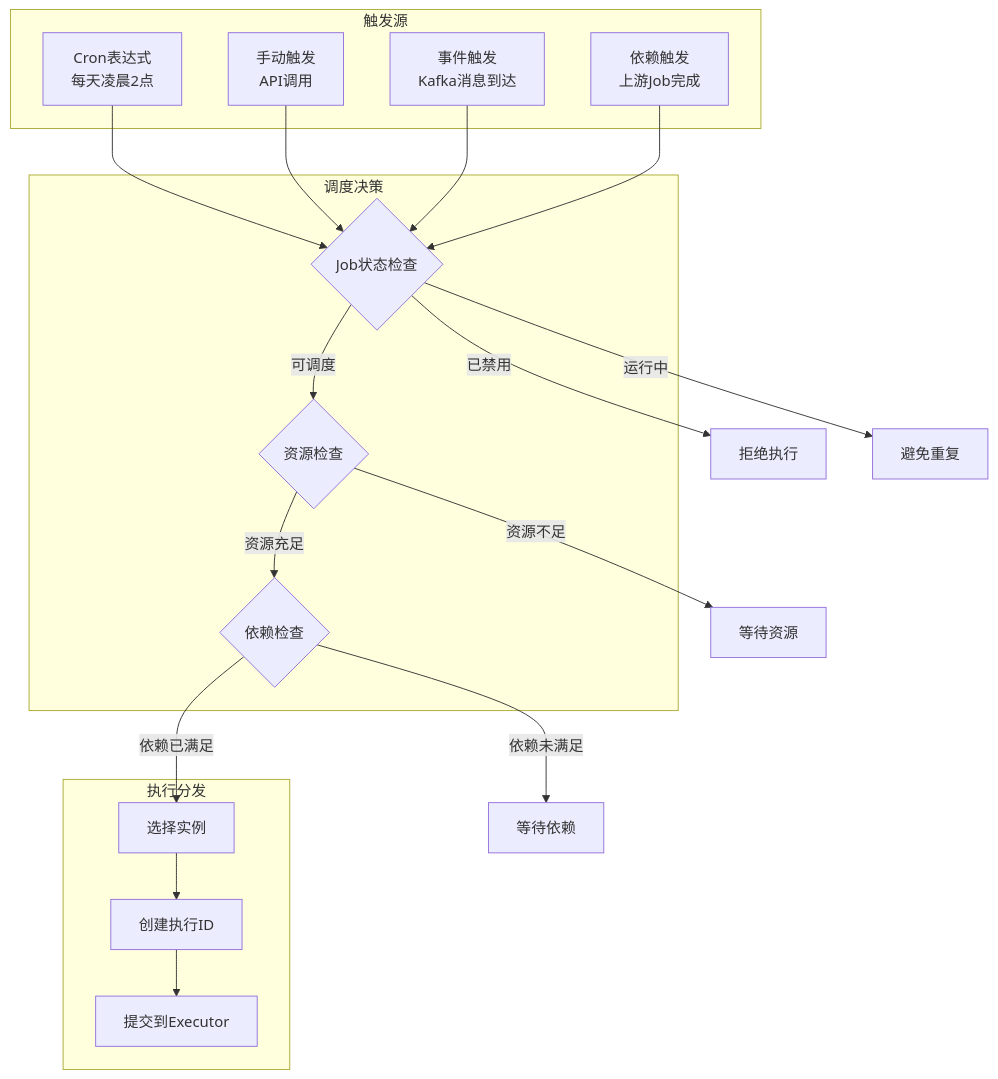
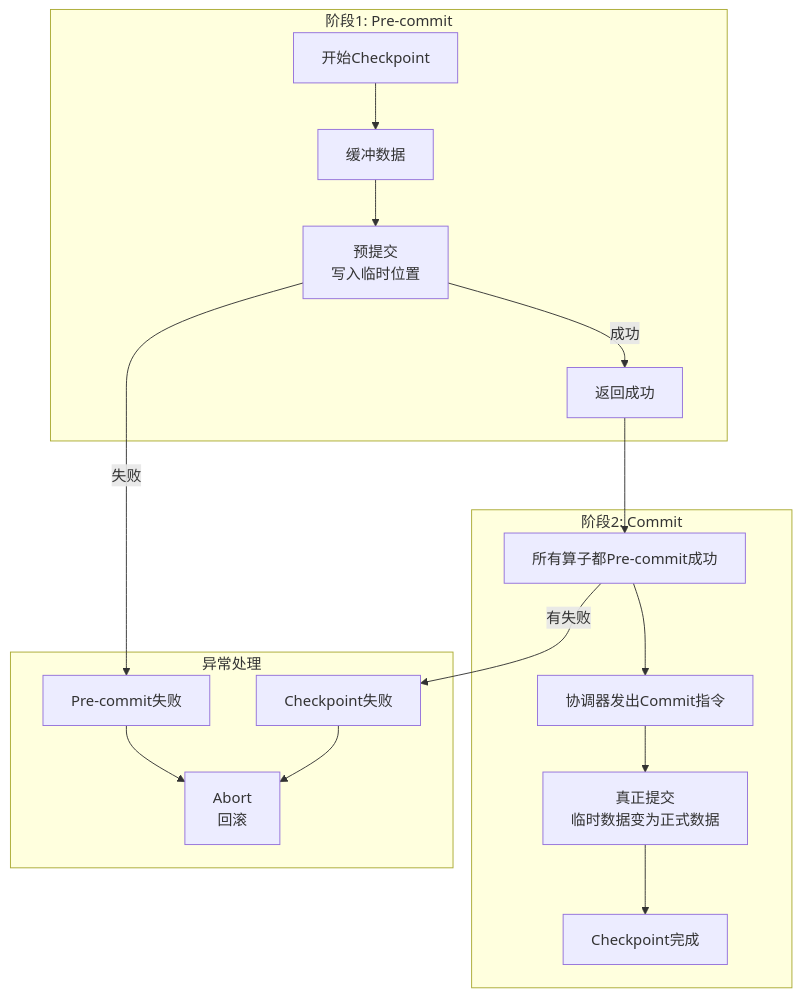
Before and after one commit to 312268112/advanced-java: the fourth of 8 diagrams in pipeline-framework-design.md, drawn with Mermaid. The commit also changed other lines of this file, not shown here.

````diff
--- a/pipeline-framework-design.md
+++ b/pipeline-framework-design.md
@@ -190,38 +884,32 @@
 ```mermaid
 graph TB
-    subgraph "触发源"
-        T1[Cron表达式<br/>每天凌晨2点]
-        T2[手动触发<br/>API调用]
-        T3[事件触发<br/>Kafka消息到达]
-        T4[依赖触发<br/>上游Job完成]
+    subgraph "阶段1: Pre-commit"
+        P1[开始Checkpoint]
+        P2[缓冲数据]
+        P3[预提交<br/>写入临时位置]
+        P4[返回成功]
     end
     
-    subgraph "调度决策"
-        D1{Job状态检查}
-        D2{资源检查}
-        D3{依赖检查}
+    subgraph "阶段2: Commit"
+        C1[所有算子都Pre-commit成功]
+        C2[协调器发出Commit指令]
+        C3[真正提交<br/>临时数据变为正式数据]
+        C4[Checkpoint完成]
     end
     
-    subgraph "执行分发"
-        E1[选择实例]
-        E2[创建执行ID]
-        E3[提交到Executor]
+    subgraph "异常处理"
+        E1[Pre-commit失败]
+        E2[Abort<br/>回滚]
+        E3[Checkpoint失败]
     end
     
-    T1 --> D1
-    T2 --> D1
-    T3 --> D1
-    T4 --> D1
+    P1 --> P2 --> P3
+    P3 -->|成功| P4
+    P3 -->|失败| E1
+    E1 --> E2
     
-    D1 -->|已禁用| Reject1[拒绝执行]
-    D1 -->|运行中| Reject2[避免重复]
-    D1 -->|可调度| D2
+    P4 --> C1 --> C2 --> C3 --> C4
     
-    D2 -->|资源不足| Wait1[等待资源]
-    D2 -->|资源充足| D3
-    
-    D3 -->|依赖未满足| Wait2[等待依赖]
-    D3 -->|依赖已满足| E1
-    
-    E1 --> E2 --> E3
+    C1 -->|有失败| E3
+    E3 --> E2
 ```
````
